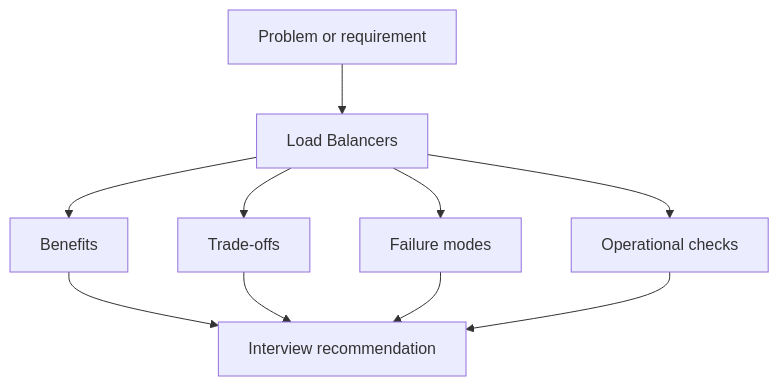
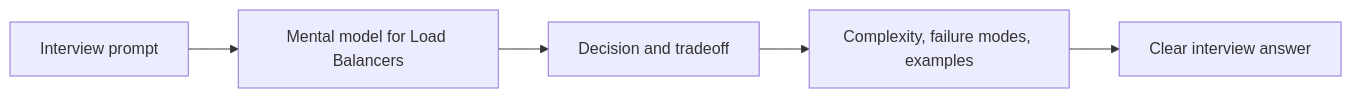
The second of 2 diagrams in components/load-balancers/index.md (abstractinterviews/abstractinterviews.github.io), drawn with Mermaid before and after one commit. The commit also changed other lines of this file and 278 other files, not shown here.

````diff
--- a/components/load-balancers/index.md
+++ b/components/load-balancers/index.md
@@ -182,12 +204,7 @@
-~~~mermaid
-flowchart TD
-    Problem["Problem or requirement"] --> Concept["Load Balancers"]
-    Concept --> Benefits["Benefits"]
-    Concept --> Tradeoffs["Trade-offs"]
-    Concept --> FailureModes["Failure modes"]
-    Concept --> Operations["Operational checks"]
-    Benefits --> Decision["Interview recommendation"]
-    Tradeoffs --> Decision
-    FailureModes --> Decision
-    Operations --> Decision
-~~~
+```mermaid
+flowchart LR
+    Problem["Interview prompt"] --> Model["Mental model for Load Balancers"]
+    Model --> Choice["Decision and tradeoff"]
+    Choice --> Evidence["Complexity, failure modes, examples"]
+    Evidence --> Answer["Clear interview answer"]
+```
````
